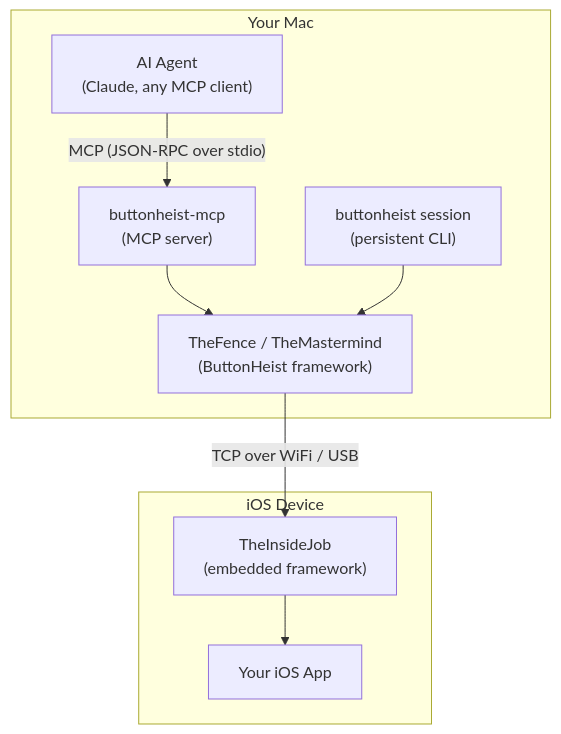
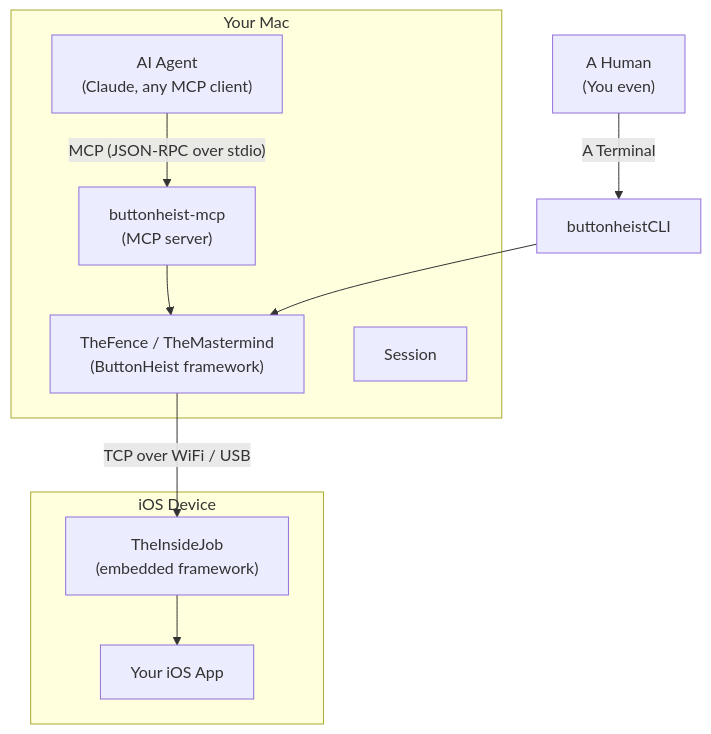
Before and after one commit to RoyalPineapple/TheButtonHeist: the diagram in README.md, drawn with Mermaid.

Commit message:
Update diagram in README to include CLI interaction

````diff
--- a/README.md
+++ b/README.md
@@ -55,28 +55,30 @@
 ```mermaid
 %% If you can read this, the diagram isn't rendering. Try github.com in a browser.
 graph TD
     AI["AI Agent<br/>(Claude, any MCP client)"]
+    HUMAN["A Human<br/> (You even)"]
     MCP["buttonheist-mcp<br/>(MCP server)"]
-    Session["buttonheist session<br/>(persistent CLI)"]
+    CLI["buttonheistCLI"]
     Client["TheFence / TheMastermind<br/>(ButtonHeist framework)"]
     IJ["TheInsideJob<br/>(embedded framework)"]
     App["Your iOS App"]
 
     AI -->|"MCP (JSON-RPC over stdio)"| MCP
     MCP --> Client
-    Session --> Client
+    HUMAN -->|"A Terminal"| CLI
+    CLI --> Client
     Client -->|"TCP over WiFi / USB"| IJ
     IJ --> App
 
     subgraph Mac["Your Mac"]
         AI
         MCP
         Session
         Client
     end
 
     subgraph Device["iOS Device"]
         IJ
         App
     end
 ```
````
